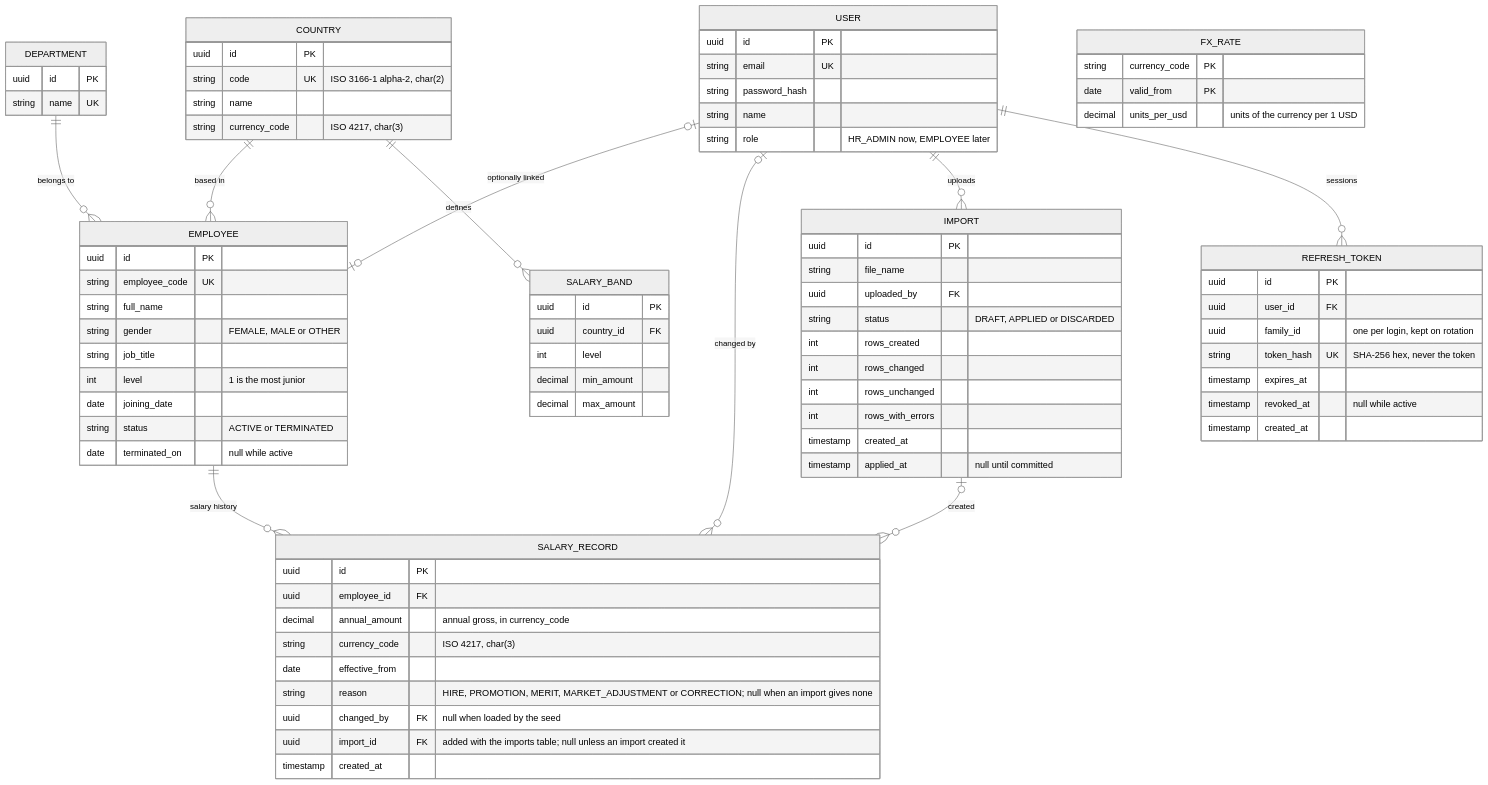
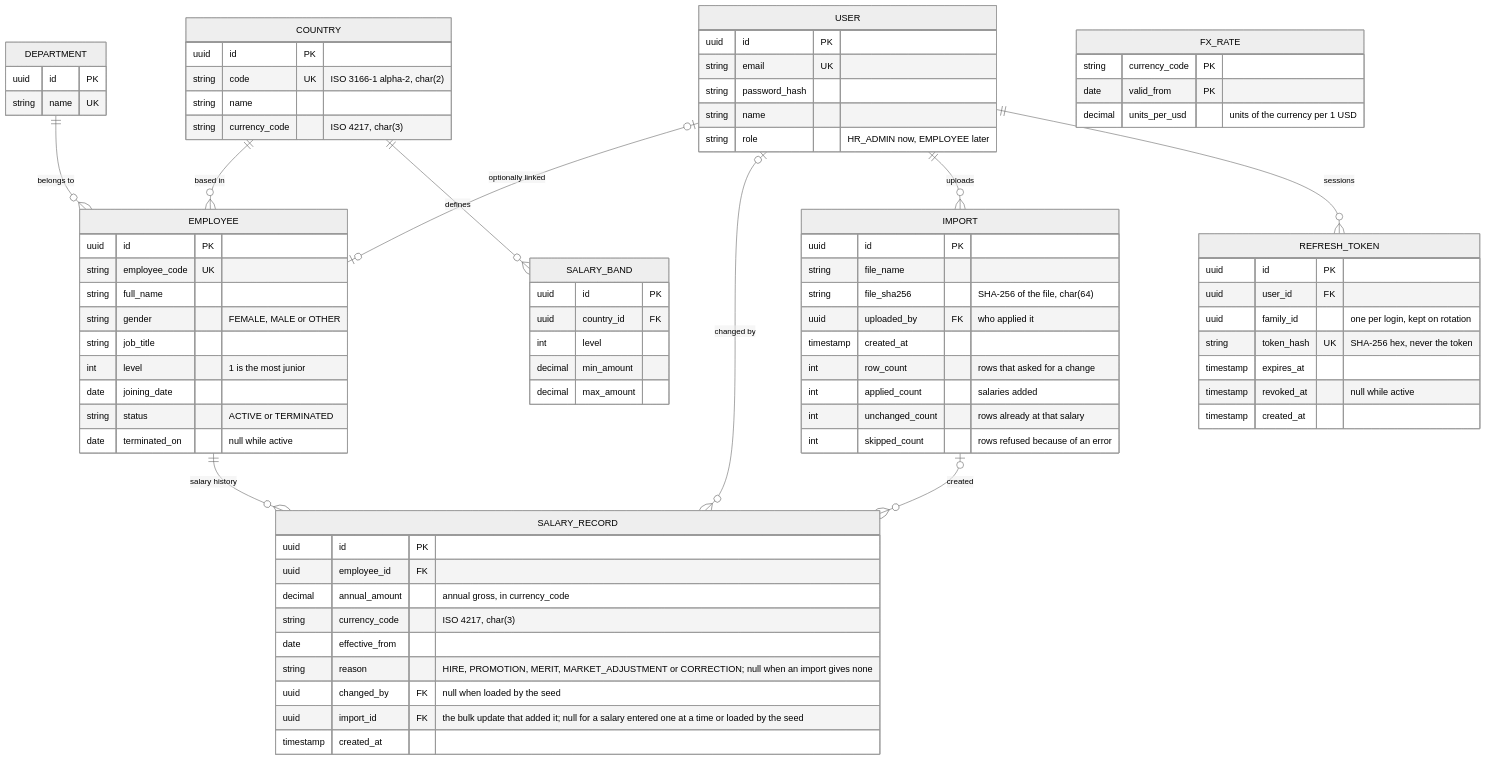
One commit to nishith7/acme-salary-management-app changed the fourth of 5 diagrams in docs/architecture.md. Above: the diagram before and after it, drawn with Mermaid (neutral theme). The commit also changed other lines of this file and 4 other files, not shown here.

First line of the commit message:
docs: record applying a bulk salary update

```diff
--- a/docs/architecture.md
+++ b/docs/architecture.md
@@ -104,7 +109,7 @@
     date effective_from
     string reason "HIRE, PROMOTION, MERIT, MARKET_ADJUSTMENT or CORRECTION; null when an import gives none"
     uuid changed_by FK "null when loaded by the seed"
-    uuid import_id FK "added with the imports table; null unless an import created it"
+    uuid import_id FK "the bulk update that added it; null for a salary entered one at a time or loaded by the seed"
     timestamp created_at
   }
   SALARY_BAND {
@@ -117,14 +122,13 @@
   IMPORT {
     uuid id PK
     string file_name
-    uuid uploaded_by FK
-    string status "DRAFT, APPLIED or DISCARDED"
-    int rows_created
-    int rows_changed
-    int rows_unchanged
-    int rows_with_errors
+    string file_sha256 "SHA-256 of the file, char(64)"
+    uuid uploaded_by FK "who applied it"
     timestamp created_at
-    timestamp applied_at "null until committed"
+    int row_count "rows that asked for a change"
+    int applied_count "salaries added"
+    int unchanged_count "rows already at that salary"
+    int skipped_count "rows refused because of an error"
   }
   USER {
     uuid id PK
```
